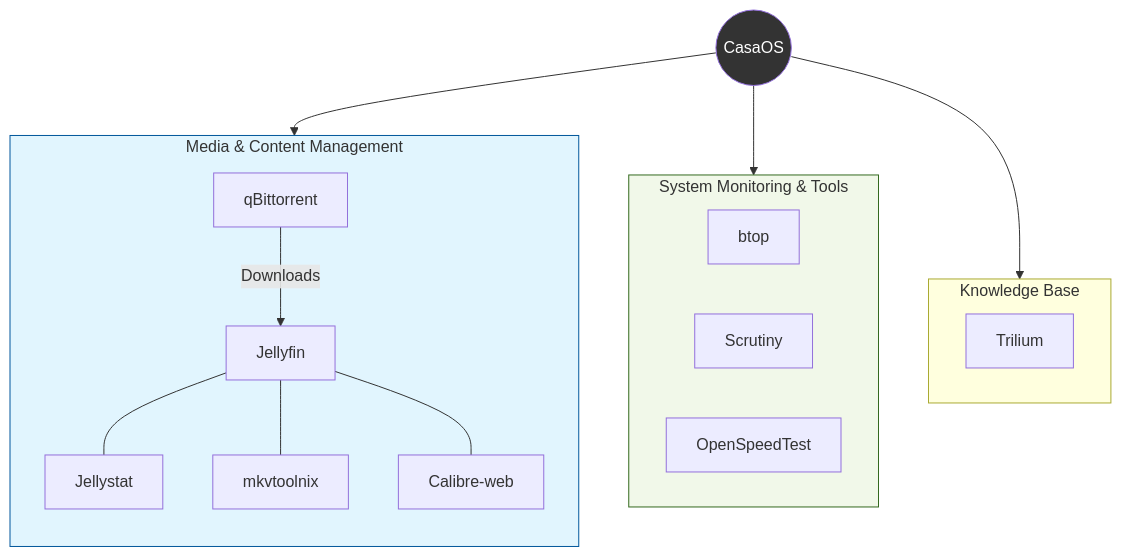
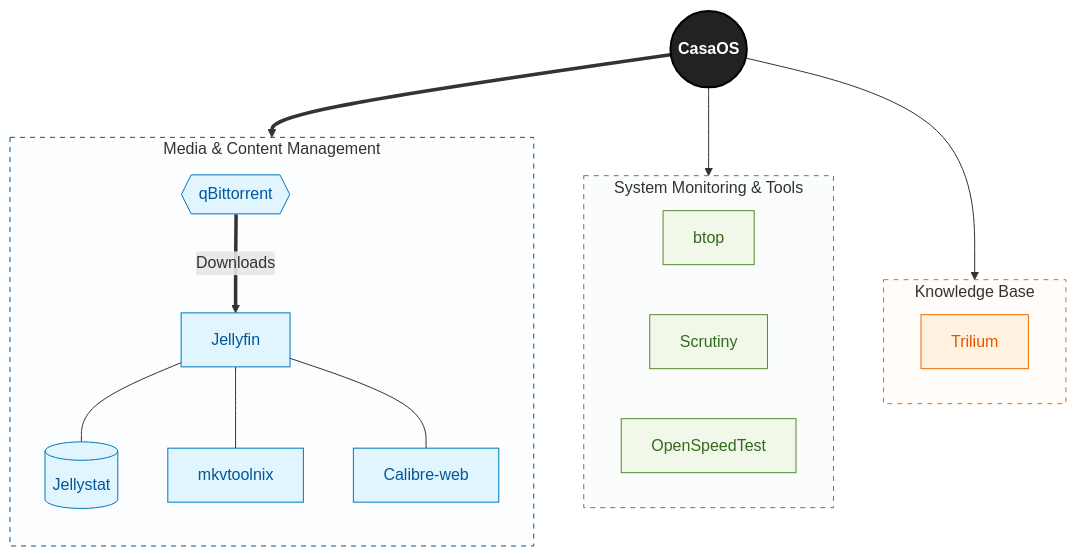
The diagram in README.md (eugeneburdukov/n100), drawn with Mermaid before and after one commit. The commit also changed other lines of this file, not shown here.

````diff
--- a/README.md
+++ b/README.md
@@ -7,38 +7,60 @@
 ```mermaid
-flowchart TD
-    %% Main Anchor
-    CasaOS((CasaOS))
+graph TD
+    %% Main Entry
+    CasaOS((<b>CasaOS</b>))
 
-    %% Integrated Media & Data Flow
+    %% Media & Content Cluster
     subgraph Media [Media & Content Management]
         direction TB
-        QB[qBittorrent] -->|Downloads| JF[Jellyfin]
-        JF --- JS[Jellystat]
-        JF --- MKV[mkvtoolnix]
-        JF --- CW[Calibre-web]
+        QB{{qBittorrent}}
+        JF[Jellyfin]
+        JS[(Jellystat)]
+        MKV[mkvtoolnix]
+        CW[Calibre-web]
+
+        QB ==>|Downloads| JF
+        JF --- JS
+        JF --- MKV
+        JF --- CW
     end
 
-    %% System Tools
+    %% System & Network Cluster
     subgraph System [System Monitoring & Tools]
         direction LR
         BT[btop]
         SC[Scrutiny]
         OST[OpenSpeedTest]
     end
 
-    %% Productivity
+    %% Knowledge Cluster
     subgraph Knowledge [Knowledge Base]
         TR[Trilium]
     end
 
-    %% Core Links
-    CasaOS --> Media
+    %% Core Connections
+    CasaOS ==> Media
     CasaOS --> System
     CasaOS --> Knowledge
 
-    %% Styling for Clarity
-    style CasaOS fill:#333,color:#fff
-    style Media fill:#e1f5fe,stroke:#01579b
-    style System fill:#f1f8e9,stroke:#33691e
+    %% ==========================================
+    %% 🎨 Stable CSS Styling
+    %% ==========================================
+
+    %% Node Classes
+    classDef mainNode fill:#222,stroke:#000,stroke-width:2px,color:#fff
+    classDef contentNode fill:#e1f5fe,stroke:#0277bd,stroke-width:1px,color:#01579b
+    classDef systemNode fill:#f1f8e9,stroke:#558b2f,stroke-width:1px,color:#33691e
+    classDef knowledgeNode fill:#fff3e0,stroke:#ef6c00,stroke-width:1px,color:#e65100
+
+    %% Assign classes
+    class CasaOS mainNode
+    class JF,JS,MKV,CW,QB contentNode
+    class BT,SC,OST systemNode
+    class TR knowledgeNode
+
+    %% Subgraph Styles
+    style Media fill:#fbfdff,stroke:#01579b,stroke-dasharray: 5 5
+    style System fill:#fafdfb,stroke:#558b2f,stroke-dasharray: 5 5
+    style Knowledge fill:#fffcf9,stroke:#ef6c00,stroke-dasharray: 5 5
 
 ```
````
